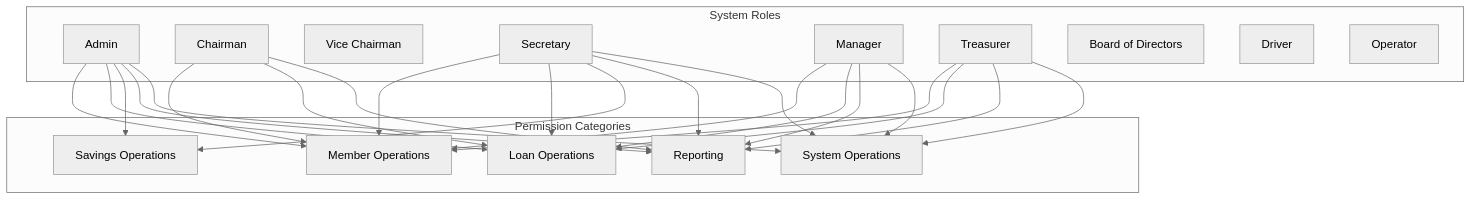
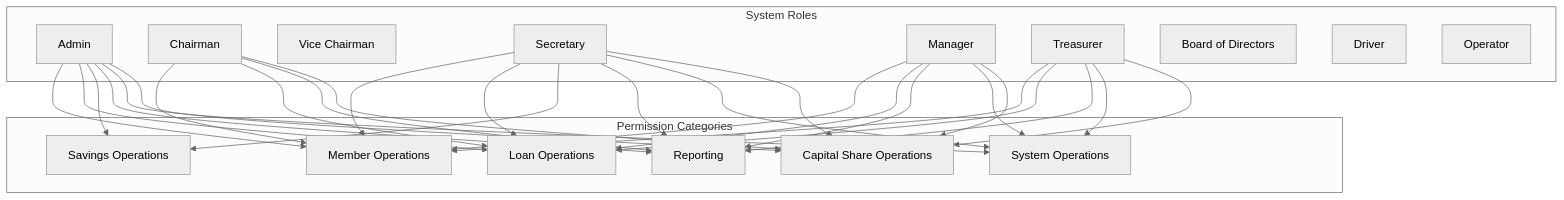
Before and after one commit to Unsure-bry/sampacoop_system: the tenth of 12 diagrams in .qoder/repowiki/en/content/Project Overview/Core Features & Functionality/Administrative Features/Capital Shares Management System.md, drawn with Mermaid (neutral theme). The commit also changed other lines of this file and 5 other files, not shown here.

````diff
--- a/.qoder/repowiki/en/content/Project Overview/Core Features & Functionality/Administrative Features/Capital Shares Management System.md
+++ b/.qoder/repowiki/en/content/Project Overview/Core Features & Functionality/Administrative Features/Capital Shares Management System.md
@@ -425,42 +507,48 @@
 ```mermaid
 graph TD
 subgraph "System Roles"
 Admin[Admin]
 Chairman[Chairman]
 ViceChairman[Vice Chairman]
 Secretary[Secretary]
 Manager[Manager]
 Treasurer[Treasurer]
 BoardOfDirectors[Board of Directors]
 Driver[Driver]
 Operator[Operator]
 end
 subgraph "Permission Categories"
 MemberOps[Member Operations]
 LoanOps[Loan Operations]
 SavingsOps[Savings Operations]
 Reports[Reporting]
 SystemOps[System Operations]
+CapitalShareOps[Capital Share Operations]
 end
 Admin --> MemberOps
 Admin --> LoanOps
 Admin --> SavingsOps
 Admin --> Reports
 Admin --> SystemOps
+Admin --> CapitalShareOps
 Chairman --> MemberOps
 Chairman --> LoanOps
 Chairman --> Reports
+Chairman --> CapitalShareOps
 Secretary --> MemberOps
 Secretary --> LoanOps
 Secretary --> SavingsOps
 Secretary --> Reports
 Secretary --> SystemOps
+Secretary --> CapitalShareOps
 Manager --> MemberOps
 Manager --> LoanOps
 Manager --> Reports
 Manager --> SystemOps
+Manager --> CapitalShareOps
 Treasurer --> MemberOps
 Treasurer --> LoanOps
 Treasurer --> Reports
 Treasurer --> SystemOps
+Treasurer --> CapitalShareOps
 ```
````
